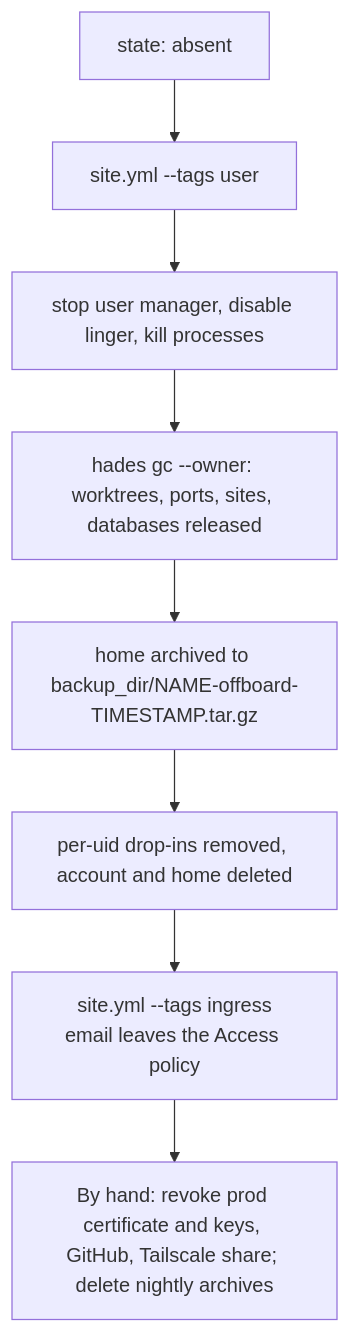
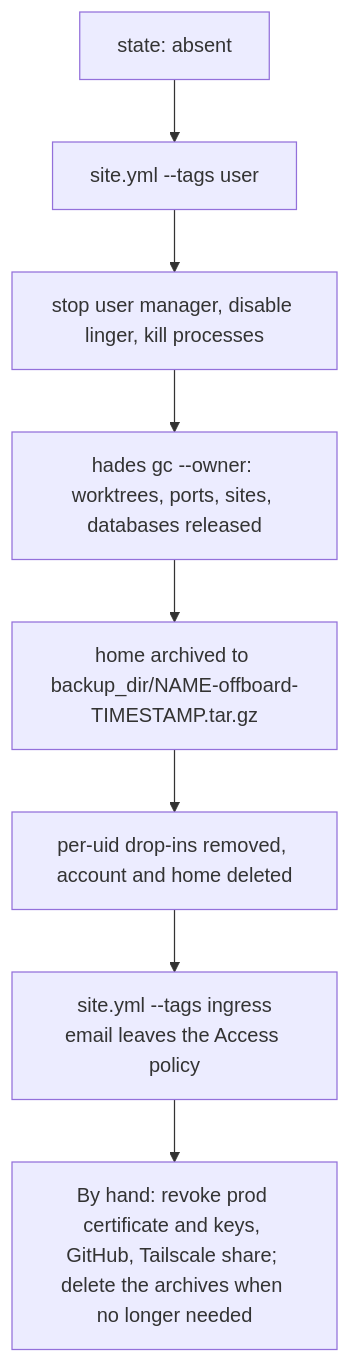
Before and after one commit to quotedo/hades: the third of 3 diagrams in docs/server.md, drawn with Mermaid. The commit also changed other lines of this file and 5 other files, not shown here.

````diff
--- a/docs/server.md
+++ b/docs/server.md
@@ -173,10 +182,10 @@
 ```mermaid
 flowchart TD
   a["state: absent"] --> b["site.yml --tags user"]
   b --> c["stop user manager, disable linger, kill processes"]
   c --> d["hades gc --owner: worktrees, ports, sites, databases released"]
   d --> e["home archived to backup_dir/NAME-offboard-TIMESTAMP.tar.gz"]
   e --> f["per-uid drop-ins removed, account and home deleted"]
   f --> g["site.yml --tags ingress<br/>email leaves the Access policy"]
-  g --> h["By hand: revoke prod certificate and keys, GitHub, Tailscale share; delete nightly archives"]
+  g --> h["By hand: revoke prod certificate and keys, GitHub, Tailscale share; delete the archives when no longer needed"]
 ```
````
